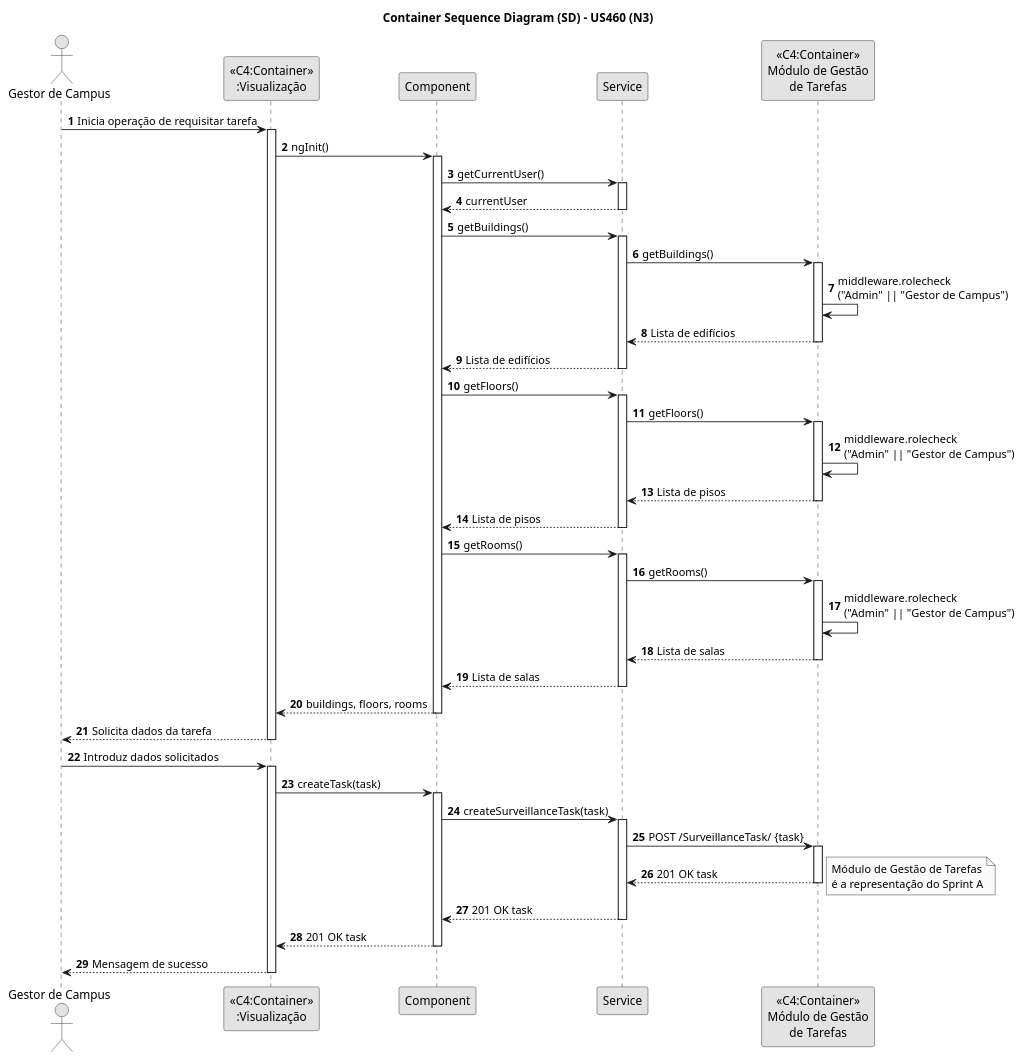
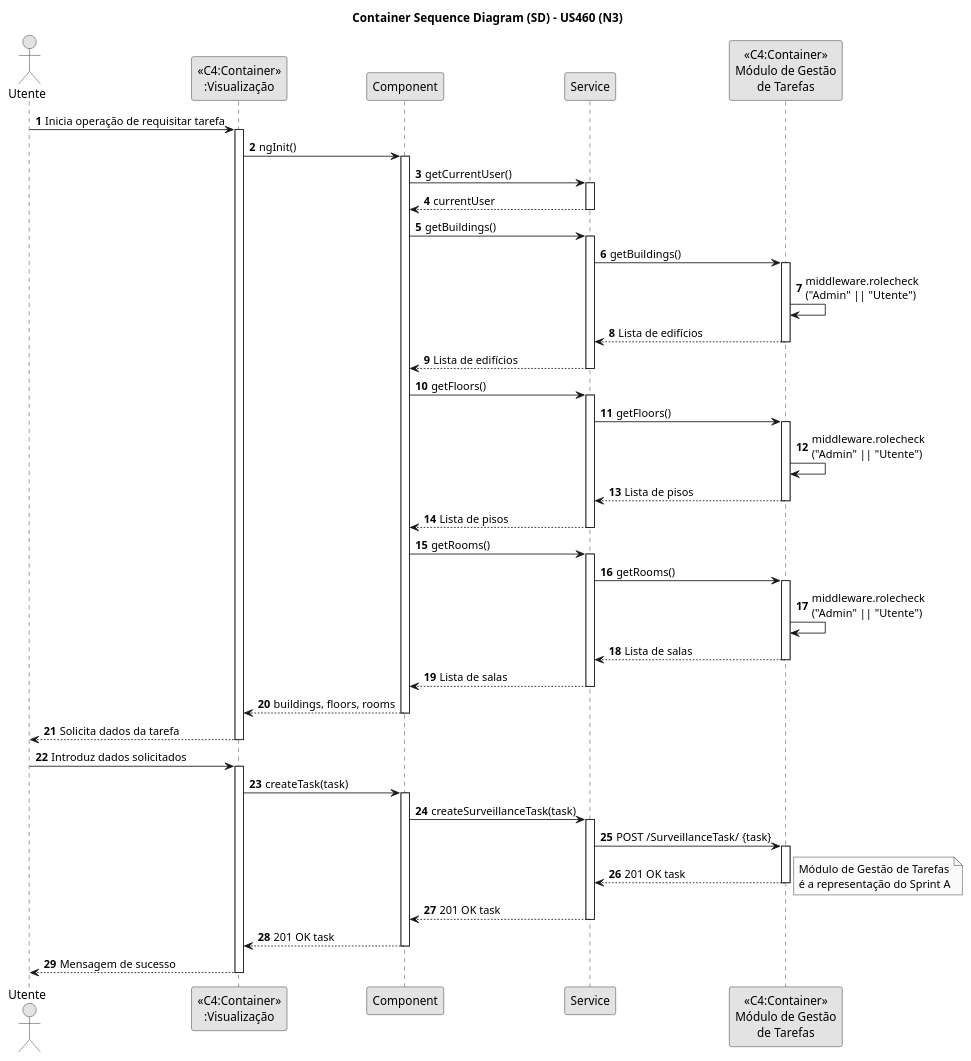
Before and after one commit to pedrocmesquita/RobDroneGo: the diagram in docs/SprintC/us460/SD-N3-US460.puml, drawn with PlantUML. The commit also changed 5 other files, not shown here.

```diff
--- a/docs/SprintC/us460/SD-N3-US460.puml
+++ b/docs/SprintC/us460/SD-N3-US460.puml
@@ -1,75 +1,78 @@
 @startuml
 skinparam monochrome true
 skinparam packageStyle rectangle
 skinparam shadowing false
 
 title Container Sequence Diagram (SD) - US460 (N3)
 
 autonumber
 
-actor "Gestor de Campus"
+actor "Utente"
 
-"Gestor de Campus" -> "<<C4:Container>>\n:Visualização": Inicia operação de requisitar tarefa
+"Utente" -> "<<C4:Container>>\n:Visualização": Inicia operação de requisitar tarefa
 activate "<<C4:Container>>\n:Visualização"
 "<<C4:Container>>\n:Visualização" -> Component: ngInit()
 activate Component
 Component -> Service: getCurrentUser()
 activate Service
 Service --> Component : currentUser
 deactivate Service
 Component -> Service: getBuildings()
 activate Service
 Service -> "<<C4:Container>>\nMódulo de Gestão\nde Tarefas" : getBuildings()
 activate "<<C4:Container>>\nMódulo de Gestão\nde Tarefas"
-"<<C4:Container>>\nMódulo de Gestão\nde Tarefas" -> "<<C4:Container>>\nMódulo de Gestão\nde Tarefas": middleware.rolecheck\n("Admin" || "Gestor de Campus")
+"<<C4:Container>>\nMódulo de Gestão\nde Tarefas" -> "<<C4:Container>>\nMódulo de Gestão\nde Tarefas": middleware.rolecheck\n("Admin" || "Utente")
 "<<C4:Container>>\nMódulo de Gestão\nde Tarefas" --> Service : Lista de edifícios
 deactivate "<<C4:Container>>\nMódulo de Gestão\nde Tarefas"
 Service --> Component : Lista de edifícios
 deactivate Service
 Component -> Service : getFloors()
 activate Service
 Service -> "<<C4:Container>>\nMódulo de Gestão\nde Tarefas" : getFloors()
 activate "<<C4:Container>>\nMódulo de Gestão\nde Tarefas"
-"<<C4:Container>>\nMódulo de Gestão\nde Tarefas" -> "<<C4:Container>>\nMódulo de Gestão\nde Tarefas": middleware.rolecheck\n("Admin" || "Gestor de Campus")
+"<<C4:Container>>\nMódulo de Gestão\nde Tarefas" -> "<<C4:Container>>\nMódulo de Gestão\nde Tarefas": middleware.rolecheck\n("Admin" || "Utente")
 "<<C4:Container>>\nMódulo de Gestão\nde Tarefas" --> Service : Lista de pisos
 deactivate "<<C4:Container>>\nMódulo de Gestão\nde Tarefas"
 Service --> Component : Lista de pisos
 deactivate Service
 Component -> Service : getRooms()
 activate Service
 
 Service -> "<<C4:Container>>\nMódulo de Gestão\nde Tarefas" : getRooms()
 activate "<<C4:Container>>\nMódulo de Gestão\nde Tarefas"
-"<<C4:Container>>\nMódulo de Gestão\nde Tarefas" -> "<<C4:Container>>\nMódulo de Gestão\nde Tarefas": middleware.rolecheck\n("Admin" || "Gestor de Campus")
+"<<C4:Container>>\nMódulo de Gestão\nde Tarefas" -> "<<C4:Container>>\nMódulo de Gestão\nde Tarefas": middleware.rolecheck\n("Admin" || "Utente")
 "<<C4:Container>>\nMódulo de Gestão\nde Tarefas" --> Service: Lista de salas
 deactivate "<<C4:Container>>\nMódulo de Gestão\nde Tarefas"
 Service --> Component: Lista de salas
 deactivate Service
 Component --> "<<C4:Container>>\n:Visualização" : buildings, floors, rooms
 deactivate Component
 
-"<<C4:Container>>\n:Visualização" --> "Gestor de Campus": Solicita dados da tarefa
+"<<C4:Container>>\n:Visualização" --> "Utente": Solicita dados da tarefa
 deactivate "<<C4:Container>>\n:Visualização"
 
-"Gestor de Campus" -> "<<C4:Container>>\n:Visualização": Introduz dados solicitados
+"Utente" -> "<<C4:Container>>\n:Visualização": Introduz dados solicitados
 activate "<<C4:Container>>\n:Visualização"
 "<<C4:Container>>\n:Visualização" -> Component : createTask(task)
 activate Component
 Component -> Service : createSurveillanceTask(task)
 activate Service
 Service -> "<<C4:Container>>\nMódulo de Gestão\nde Tarefas" : POST /SurveillanceTask/ {task}
+
+
+
 
 activate "<<C4:Container>>\nMódulo de Gestão\nde Tarefas"
 "<<C4:Container>>\nMódulo de Gestão\nde Tarefas" --> Service: 201 OK task
 
 deactivate "<<C4:Container>>\nMódulo de Gestão\nde Tarefas"
 note right: Módulo de Gestão de Tarefas\né a representação do Sprint A
 Service --> Component: 201 OK task
 deactivate Service
 Component --> "<<C4:Container>>\n:Visualização" : 201 OK task
 deactivate Component
 deactivate "<<C4:Container>>\nMódulo de Gestão\nde Tarefas"
-"Gestor de Campus" <-- "<<C4:Container>>\n:Visualização": Mensagem de sucesso
+"Utente" <-- "<<C4:Container>>\n:Visualização": Mensagem de sucesso
 deactivate "<<C4:Container>>\n:Visualização"
 
 @enduml
```
